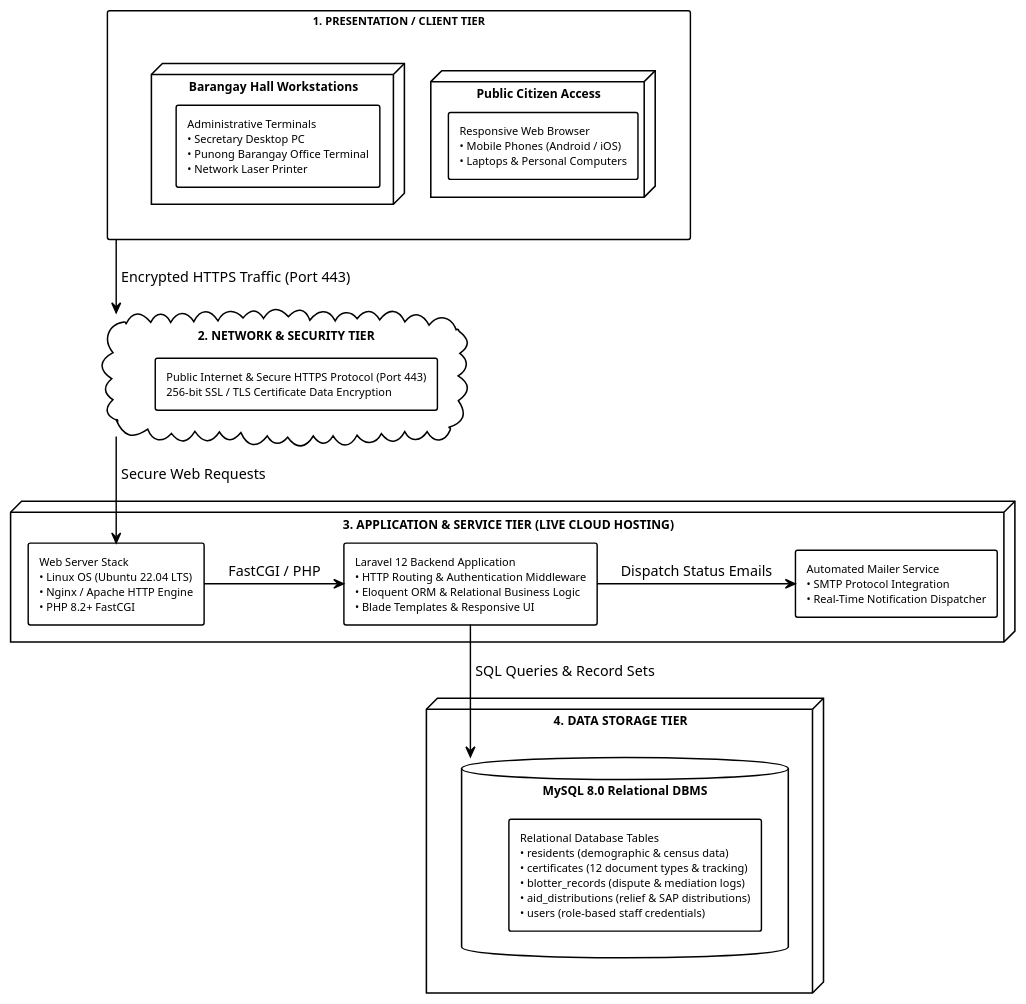
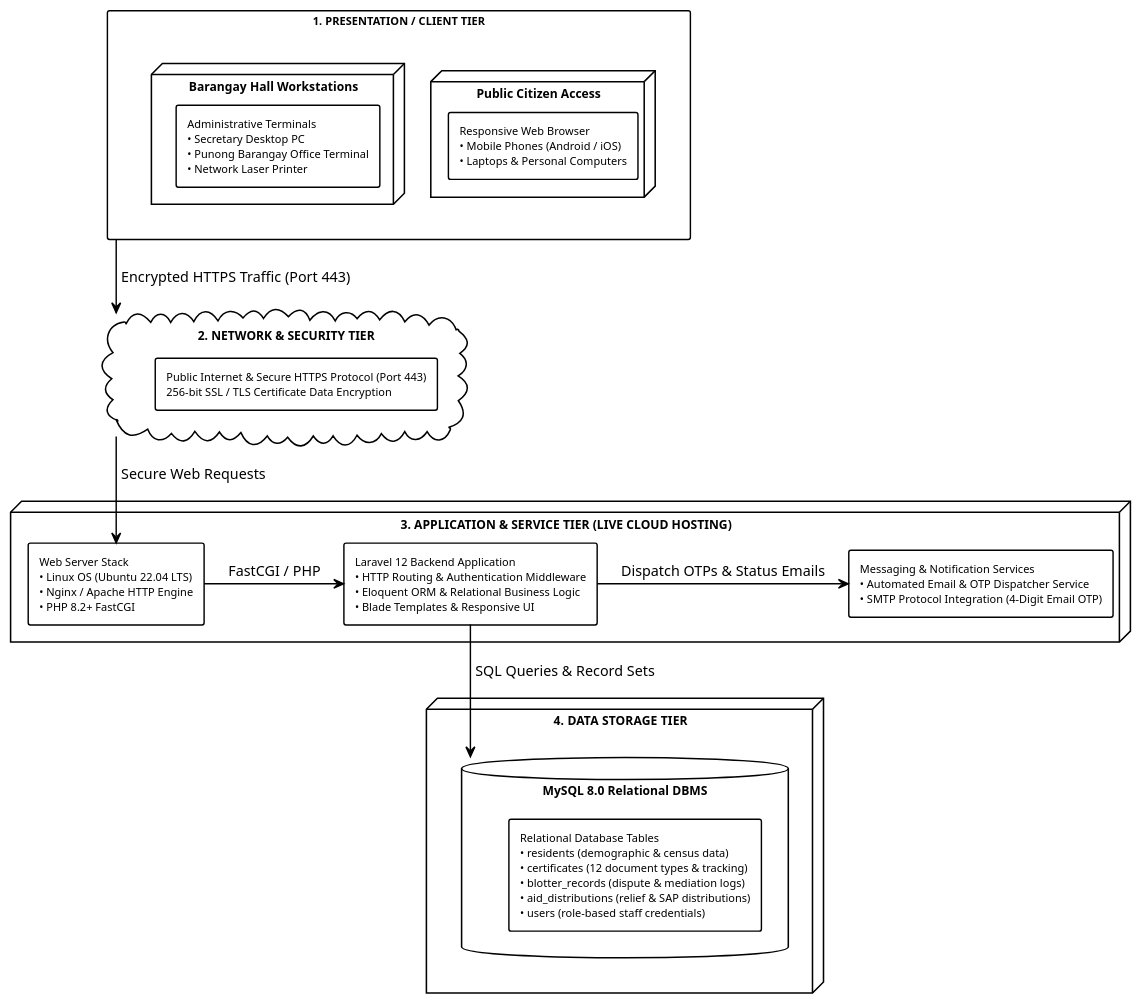
One commit to dreynel/bims changed the diagram in Documentation/Diagrams/figure7_system_architecture.puml. Above: the diagram before and after it, drawn with PlantUML. The commit also changed 62 other files, not shown here.

```diff
--- a/Documentation/Diagrams/figure7_system_architecture.puml
+++ b/Documentation/Diagrams/figure7_system_architecture.puml
@@ -1,81 +1,81 @@
 @startuml
 
 skinparam defaultFontName "Segoe UI"
 skinparam shadowing false
 skinparam monochrome true
 skinparam roundCorner 4
 skinparam ArrowColor #000000
 skinparam ArrowThickness 1.3
 skinparam DefaultFontColor #000000
 
 
 skinparam node {
     BackgroundColor #FFFFFF
     BorderColor #000000
     BorderThickness 1.4
     FontColor #000000
     FontSize 11
     FontStyle bold
 }
 
 skinparam rectangle {
     BackgroundColor #FFFFFF
     BorderColor #000000
     BorderThickness 1.3
     FontColor #000000
     FontSize 10
 }
 
 skinparam cloud {
     BackgroundColor #FFFFFF
     BorderColor #000000
     BorderThickness 1.4
     FontColor #000000
     FontSize 11
     FontStyle bold
 }
 
 skinparam database {
     BackgroundColor #FFFFFF
     BorderColor #000000
     BorderThickness 1.4
     FontColor #000000
     FontSize 11
     FontStyle bold
 }
 
 rectangle "1. PRESENTATION / CLIENT TIER" as ClientTier {
     node "Public Citizen Access" as CitizenDev {
         rectangle "Responsive Web Browser\n• Mobile Phones (Android / iOS)\n• Laptops & Personal Computers" as CitizenApp
     }
     
     node "Barangay Hall Workstations" as AdminDev {
         rectangle "Administrative Terminals\n• Secretary Desktop PC\n• Punong Barangay Office Terminal\n• Network Laser Printer" as AdminApp
     }
 }
 
 cloud "2. NETWORK & SECURITY TIER" as Internet {
     rectangle "Public Internet & Secure HTTPS Protocol (Port 443)\n256-bit SSL / TLS Certificate Data Encryption" as SecurityLayer
 }
 
 node "3. APPLICATION & SERVICE TIER (LIVE CLOUD HOSTING)" as CloudServer {
     rectangle "Web Server Stack\n• Linux OS (Ubuntu 22.04 LTS)\n• Nginx / Apache HTTP Engine\n• PHP 8.2+ FastCGI" as WebServer
     
     rectangle "Laravel 12 Backend Application\n• HTTP Routing & Authentication Middleware\n• Eloquent ORM & Relational Business Logic\n• Blade Templates & Responsive UI" as AppLayer
     
-    rectangle "Automated Mailer Service\n• SMTP Protocol Integration\n• Real-Time Notification Dispatcher" as MailService
+    rectangle "Messaging & Notification Services\n• Automated Email & OTP Dispatcher Service\n• SMTP Protocol Integration (4-Digit Email OTP)" as MailService
 }
 
 node "4. DATA STORAGE TIER" as DBTier {
     database "MySQL 8.0 Relational DBMS" as MySQL {
         rectangle "Relational Database Tables\n• residents (demographic & census data)\n• certificates (12 document types & tracking)\n• blotter_records (dispute & mediation logs)\n• aid_distributions (relief & SAP distributions)\n• users (role-based staff credentials)" as Tables
     }
 }
 
 ClientTier -down-> Internet : " Encrypted HTTPS Traffic (Port 443) "
 Internet -down-> WebServer : " Secure Web Requests "
 WebServer -right-> AppLayer : " FastCGI / PHP "
-AppLayer -right-> MailService : " Dispatch Status Emails "
+AppLayer -right-> MailService : " Dispatch OTPs & Status Emails "
 AppLayer -down-> MySQL : " SQL Queries & Record Sets "
 
 @enduml
```
